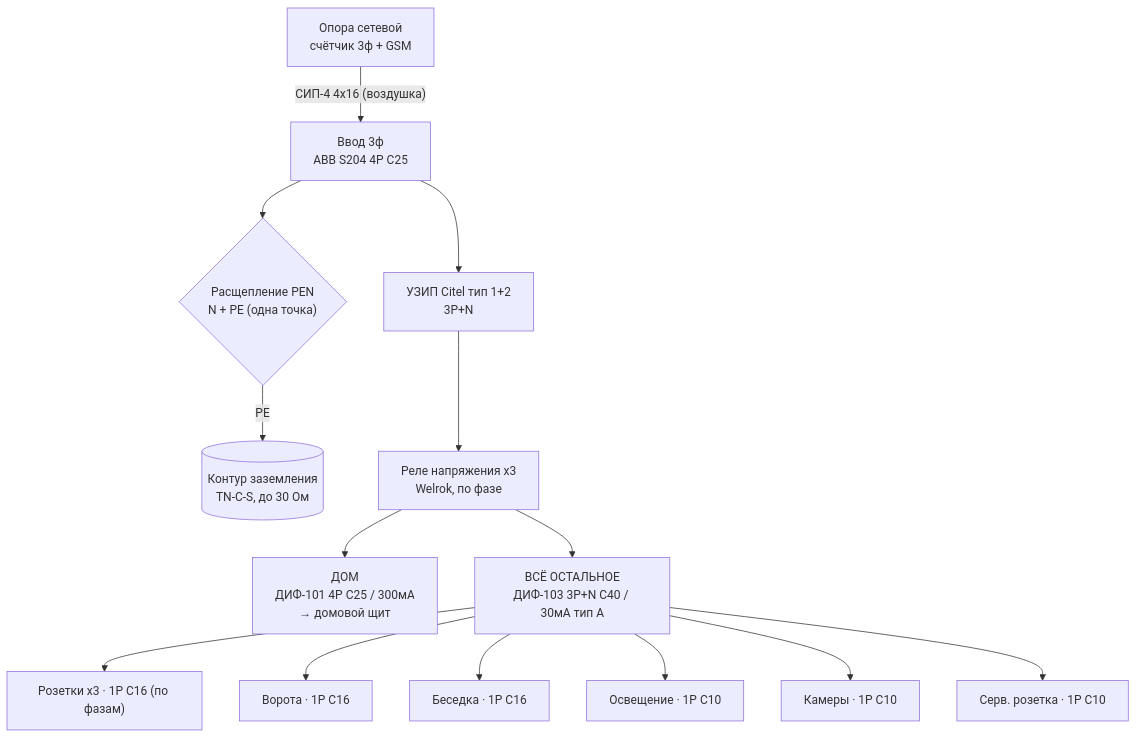
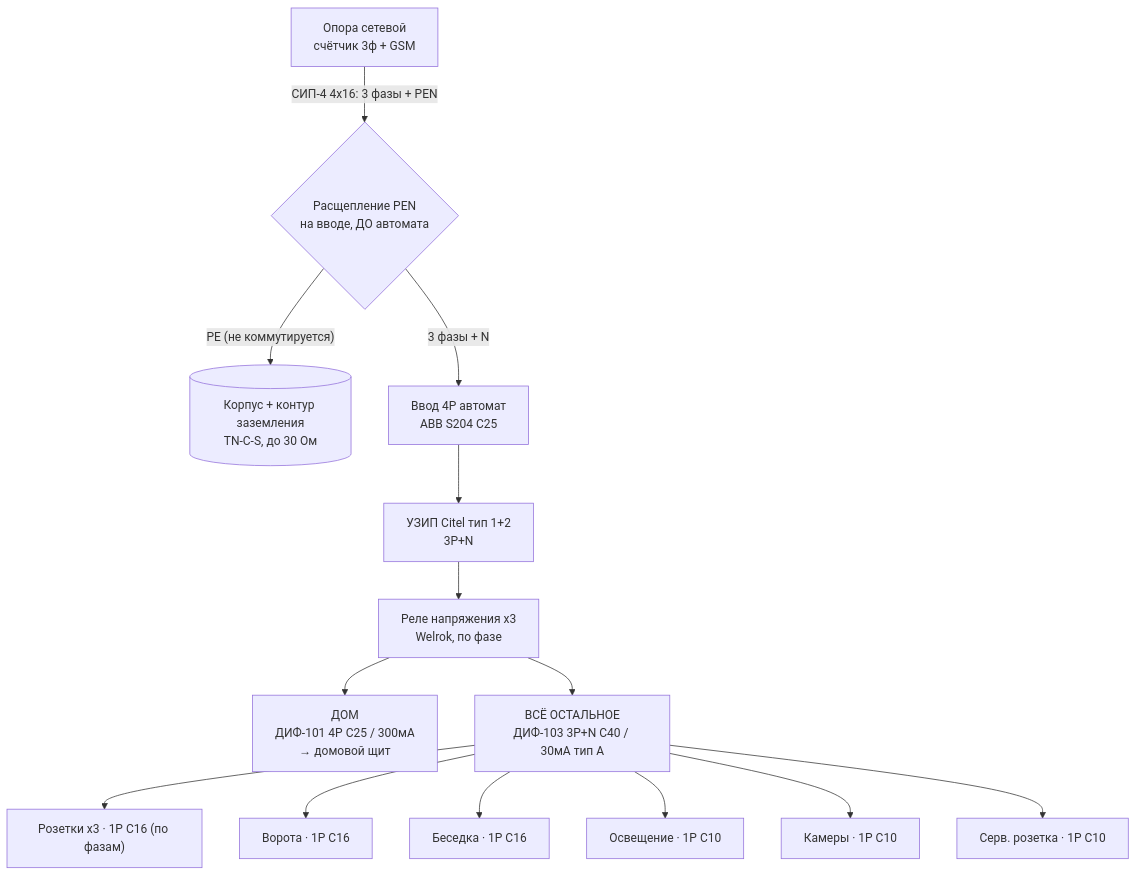
The diagram in 07-schemas/electrics/panel.md (goofuck-tmb/build-a-house), drawn with Mermaid before and after one commit. The commit also changed other lines of this file, not shown here.

Commit message:
panel.md: исправлено — расщепление PEN ДО вводного автомата (TN-C-S)
PE отводится на вводе до автомата и не коммутируется; N идёт через 4-й
полюс вводного автомата. Исправлены однолинейка и таблица ввода.

Claude-Session: https://claude.ai/code/session_014vwwLy1XQxWdD3M4ixQCrA

````diff
--- a/07-schemas/electrics/panel.md
+++ b/07-schemas/electrics/panel.md
@@ -71,16 +71,16 @@
 ```mermaid
 flowchart TD
-  OP["Опора сетевой<br/>счётчик 3ф + GSM"] -->|"СИП-4 4x16 (воздушка)"| VV["Ввод 3ф<br/>ABB S204 4P C25"]
-  VV --> SP{"Расщепление PEN<br/>N + PE (одна точка)"}
-  SP -->|PE| GND[("Контур заземления<br/>TN-C-S, до 30 Ом")]
+  OP["Опора сетевой<br/>счётчик 3ф + GSM"] -->|"СИП-4 4x16: 3 фазы + PEN"| SP{"Расщепление PEN<br/>на вводе, ДО автомата"}
+  SP -->|"PE (не коммутируется)"| GND[("Корпус + контур заземления<br/>TN-C-S, до 30 Ом")]
+  SP -->|"3 фазы + N"| VV["Ввод 4P автомат<br/>ABB S204 C25"]
   VV --> UZIP["УЗИП Citel тип 1+2<br/>3P+N"]
   UZIP --> RN["Реле напряжения x3<br/>Welrok, по фазе"]
   RN --> HOME["ДОМ<br/>ДИФ-101 4P C25 / 300мА<br/>→ домовой щит"]
   RN --> REST["ВСЁ ОСТАЛЬНОЕ<br/>ДИФ-103 3P+N C40 / 30мА тип A"]
   REST --> E1["Розетки x3 · 1P C16 (по фазам)"]
   REST --> E2["Ворота · 1P C16"]
   REST --> E3["Беседка · 1P C16"]
   REST --> E4["Освещение · 1P C10"]
   REST --> E5["Камеры · 1P C10"]
   REST --> E6["Серв. розетка · 1P C10"]
 ```
````
